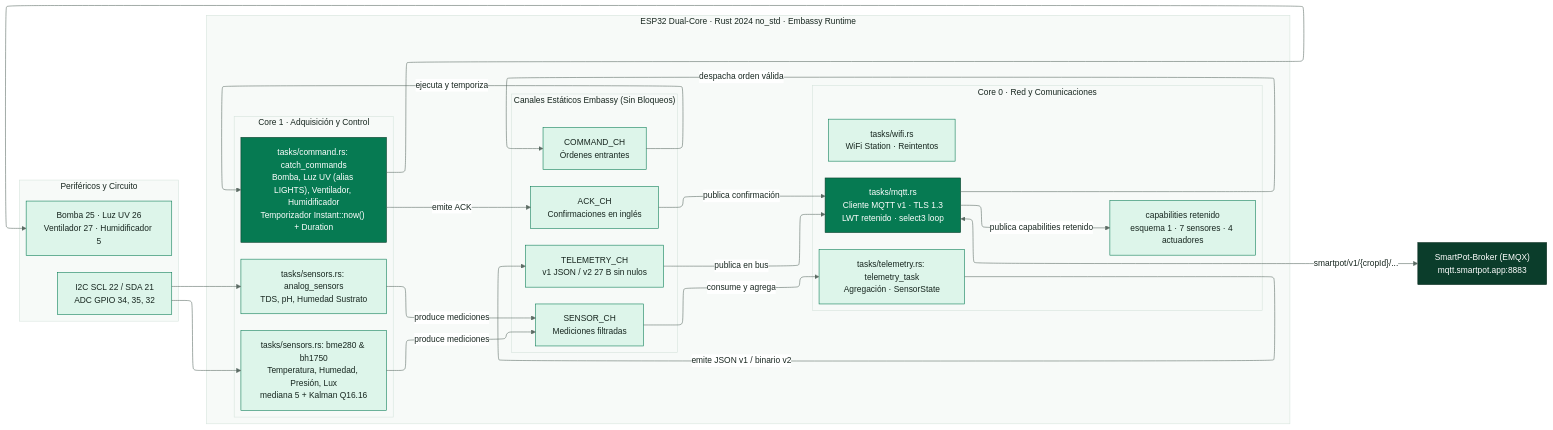
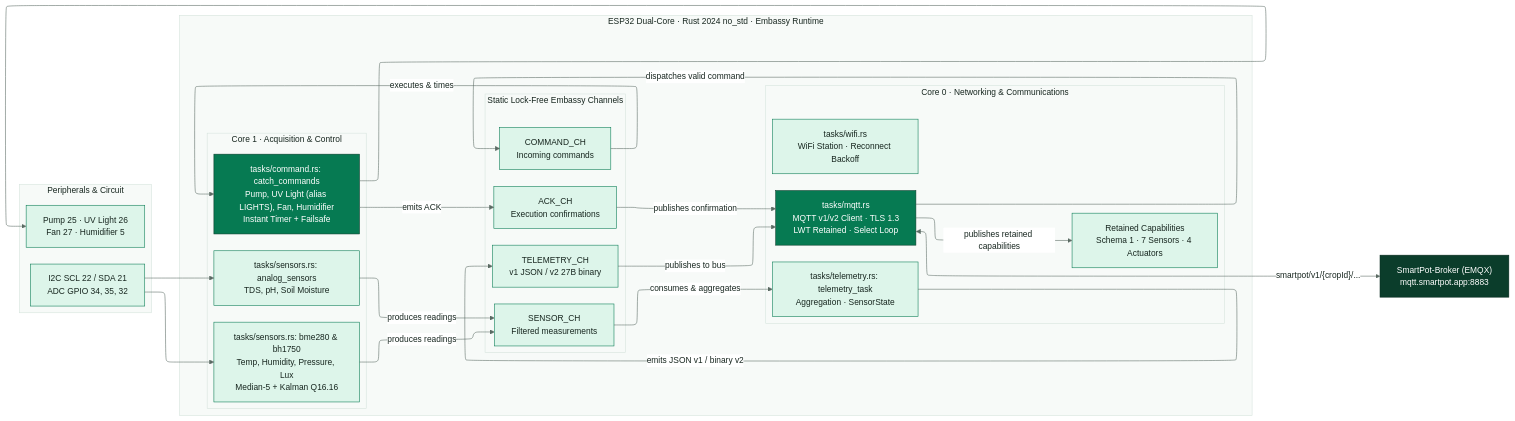
The diagram in docs/diagrams/SmartPot_IoT_Rust_Global_Component.mmd (SmartPotTech/SmartPot-IoT), drawn with Mermaid before and after one commit. The commit also changed 4 other files, not shown here.

Commit message:
docs(specs): synchronize 100% english documentation and mmd diagrams

```diff
--- a/docs/diagrams/SmartPot_IoT_Rust_Global_Component.mmd
+++ b/docs/diagrams/SmartPot_IoT_Rust_Global_Component.mmd
@@ -1,60 +1,60 @@
 %%{init: {"theme": "base", "fontFamily": "Segoe UI, Arial, sans-serif", "themeVariables": {"fontFamily": "Segoe UI, Arial, sans-serif", "fontSize": "15px", "primaryColor": "#DDF5EA", "primaryTextColor": "#17261F", "primaryBorderColor": "#067A52", "secondaryColor": "#E3F2FB", "secondaryTextColor": "#17261F", "secondaryBorderColor": "#1F6FA0", "tertiaryColor": "#F2F7F4", "tertiaryTextColor": "#17261F", "tertiaryBorderColor": "#D5E3DC", "lineColor": "#5B6B63", "textColor": "#17261F", "mainBkg": "#DDF5EA", "nodeBorder": "#067A52", "clusterBkg": "#F7FAF8", "clusterBorder": "#D5E3DC", "edgeLabelBackground": "#FFFFFF", "actorBkg": "#067A52", "actorBorder": "#0B3D2B", "actorTextColor": "#FFFFFF", "actorLineColor": "#5B6B63", "signalColor": "#17261F", "signalTextColor": "#17261F", "labelBoxBkgColor": "#0B3D2B", "labelBoxBorderColor": "#0B3D2B", "labelTextColor": "#FFFFFF", "loopTextColor": "#0B3D2B", "noteBkgColor": "#FDF4DD", "noteBorderColor": "#C98D12", "noteTextColor": "#17261F", "activationBkgColor": "#DDF5EA", "activationBorderColor": "#067A52", "attributeBackgroundColorOdd": "#FFFFFF", "attributeBackgroundColorEven": "#F2F7F4"}, "layout": "elk", "elk": {"nodePlacementStrategy": "BRANDES_KOEPF", "mergeEdges": false, "cycleBreakingStrategy": "GREEDY"}}}%%
 flowchart LR
   subgraph esp["ESP32 Dual-Core · Rust 2024 no_std · Embassy Runtime"]
     direction TB
-    subgraph core0["Core 0 · Red y Comunicaciones"]
+    subgraph core0["Core 0 · Networking & Communications"]
       direction TB
-      wifi["tasks/wifi.rs<br/>WiFi Station · Reintentos"]
-      mqtt["tasks/mqtt.rs<br/>Cliente MQTT v1 · TLS 1.3<br/>LWT retenido · select3 loop"]
-      telem["tasks/telemetry.rs: telemetry_task<br/>Agregación · SensorState"]
-      caps["capabilities retenido<br/>esquema 1 · 7 sensores · 4 actuadores"]
+      wifi["tasks/wifi.rs<br/>WiFi Station · Reconnect Backoff"]
+      mqtt["tasks/mqtt.rs<br/>MQTT v1/v2 Client · TLS 1.3<br/>LWT Retained · Select Loop"]
+      telem["tasks/telemetry.rs: telemetry_task<br/>Aggregation · SensorState"]
+      caps["Retained Capabilities<br/>Schema 1 · 7 Sensors · 4 Actuators"]
     end
 
-    subgraph core1["Core 1 · Adquisición y Control"]
+    subgraph core1["Core 1 · Acquisition & Control"]
       direction TB
-      i2c["tasks/sensors.rs: bme280 & bh1750<br/>Temperatura, Humedad, Presión, Lux<br/>mediana 5 + Kalman Q16.16"]
-      adc["tasks/sensors.rs: analog_sensors<br/>TDS, pH, Humedad Sustrato"]
-      act["tasks/command.rs: catch_commands<br/>Bomba, Luz UV (alias LIGHTS), Ventilador, Humidificador<br/>Temporizador Instant::now() + Duration"]
+      i2c["tasks/sensors.rs: bme280 & bh1750<br/>Temp, Humidity, Pressure, Lux<br/>Median-5 + Kalman Q16.16"]
+      adc["tasks/sensors.rs: analog_sensors<br/>TDS, pH, Soil Moisture"]
+      act["tasks/command.rs: catch_commands<br/>Pump, UV Light (alias LIGHTS), Fan, Humidifier<br/>Instant Timer + Failsafe"]
     end
 
-    subgraph channels["Canales Estáticos Embassy (Sin Bloqueos)"]
+    subgraph channels["Static Lock-Free Embassy Channels"]
       direction TB
-      sch["SENSOR_CH<br/>Mediciones filtradas"]
-      cch["COMMAND_CH<br/>Órdenes entrantes"]
-      ach["ACK_CH<br/>Confirmaciones en inglés"]
-      tch["TELEMETRY_CH<br/>v1 JSON / v2 27 B sin nulos"]
+      sch["SENSOR_CH<br/>Filtered measurements"]
+      cch["COMMAND_CH<br/>Incoming commands"]
+      ach["ACK_CH<br/>Execution confirmations"]
+      tch["TELEMETRY_CH<br/>v1 JSON / v2 27B binary"]
     end
   end
 
-  subgraph hw["Periféricos y Circuito"]
+  subgraph hw["Peripherals & Circuit"]
     direction TB
     sens["I2C SCL 22 / SDA 21<br/>ADC GPIO 34, 35, 32"]
-    outs["Bomba 25 · Luz UV 26<br/>Ventilador 27 · Humidificador 5"]
+    outs["Pump 25 · UV Light 26<br/>Fan 27 · Humidifier 5"]
   end
 
   broker["SmartPot-Broker (EMQX)<br/>mqtt.smartpot.app:8883"]
 
   sens --> i2c & adc
   act --> outs
 
-  i2c & adc -->|"produce mediciones"| sch
-  sch -->|"consume y agrega"| telem
-  telem -->|"emite JSON v1 / binario v2"| tch
-  tch -->|"publica en bus"| mqtt
-  mqtt -->|"publica capabilities retenido"| caps
+  i2c & adc -->|"produces readings"| sch
+  sch -->|"consumes & aggregates"| telem
+  telem -->|"emits JSON v1 / binary v2"| tch
+  tch -->|"publishes to bus"| mqtt
+  mqtt -->|"publishes retained capabilities"| caps
 
   mqtt <-->|"smartpot/v1/{cropId}/..."| broker
-  mqtt -->|"despacha orden válida"| cch
-  cch -->|"ejecuta y temporiza"| act
-  act -->|"emite ACK"| ach
-  ach -->|"publica confirmación"| mqtt
+  mqtt -->|"dispatches valid command"| cch
+  cch -->|"executes & times"| act
+  act -->|"emits ACK"| ach
+  ach -->|"publishes confirmation"| mqtt
 
   classDef leaf fill:#DDF5EA,stroke:#067A52,color:#17261F
   classDef water fill:#E3F2FB,stroke:#1F6FA0,color:#17261F
   classDef sun fill:#FDF4DD,stroke:#C98D12,color:#17261F
   classDef clay fill:#FBE9E1,stroke:#B85A38,color:#17261F
   classDef core fill:#067A52,stroke:#0B3D2B,color:#FFFFFF
   classDef deep fill:#0B3D2B,stroke:#06281C,color:#FFFFFF
   classDef muted fill:#F2F7F4,stroke:#5B6B63,color:#17261F
   class mqtt,act core
   class broker deep
```
